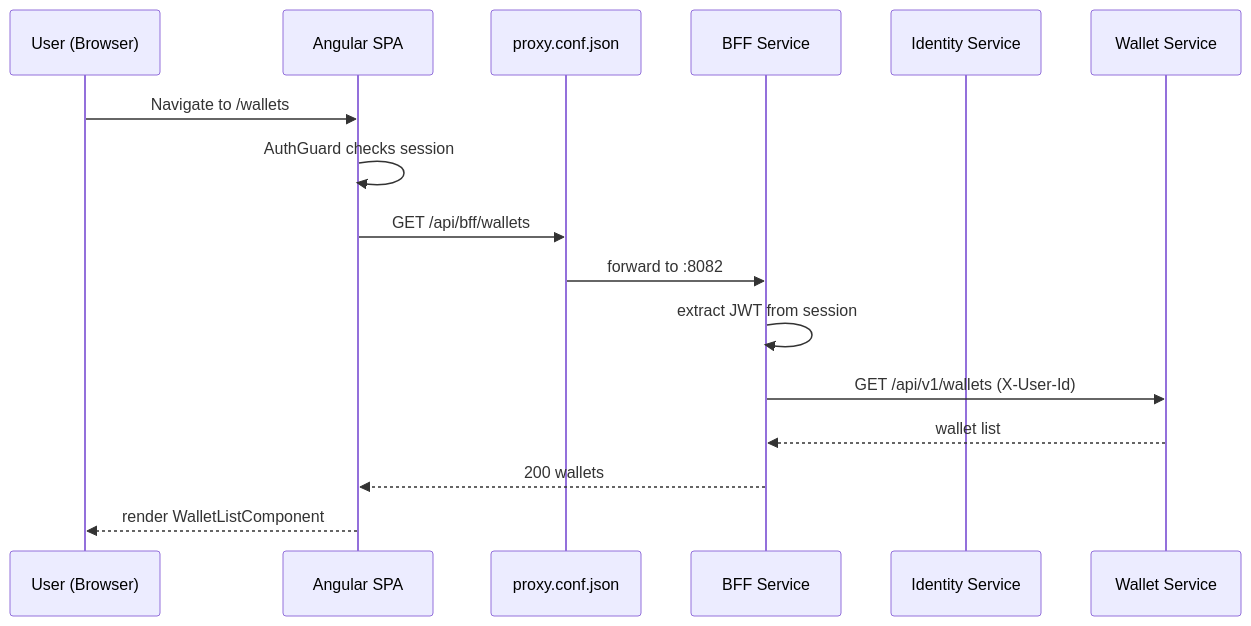
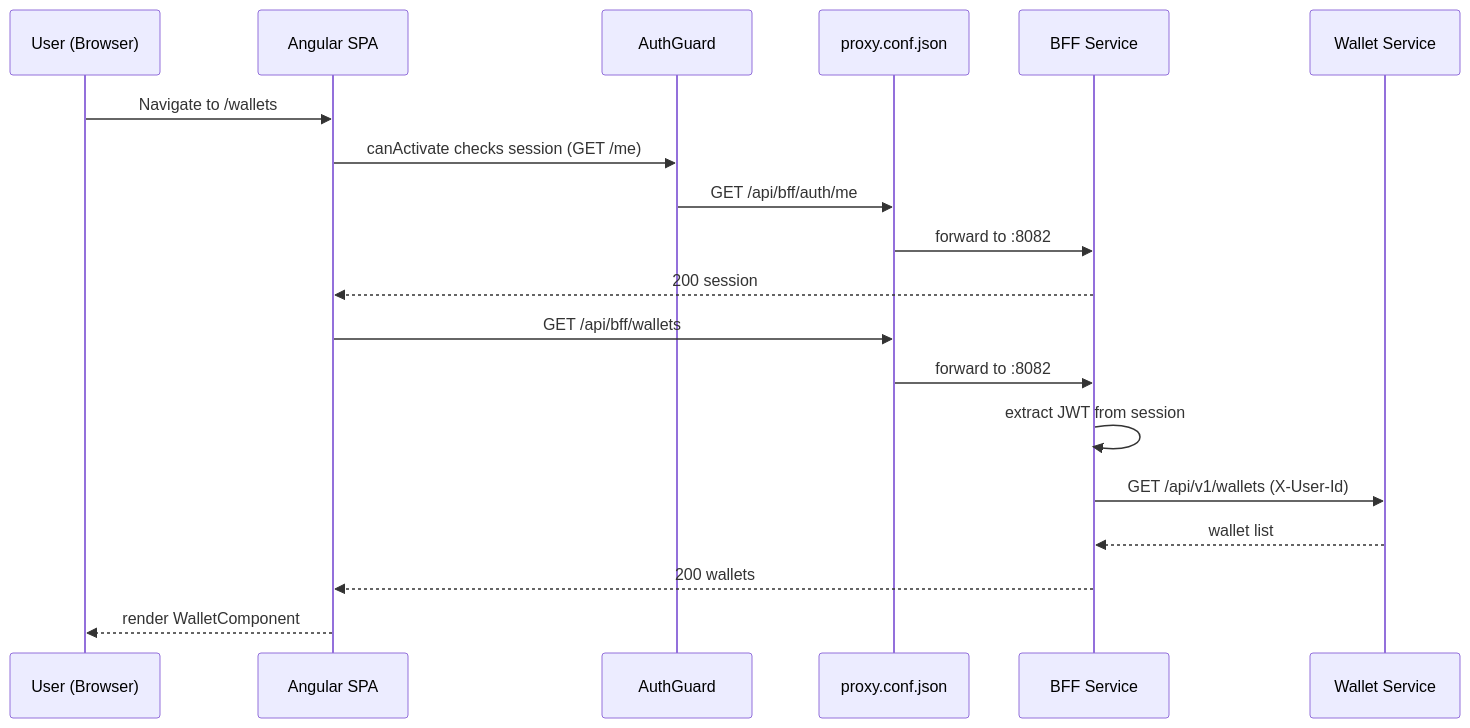
The second of 2 diagrams in docs/obsidian/01 - Services/Frontend.md (AlexAlvarezGallardo-GitHub/Aegis), drawn with Mermaid before and after one commit. The commit also changed other lines of this file and 87 other files, not shown here.

````diff
--- a/docs/obsidian/01 - Services/Frontend.md
+++ b/docs/obsidian/01 - Services/Frontend.md
@@ -31,19 +32,22 @@
 ```mermaid
 sequenceDiagram
     participant User as User (Browser)
     participant Angular as Angular SPA
+    participant Guard as AuthGuard
     participant Proxy as proxy.conf.json
     participant BFF as BFF Service
-    participant Identity as Identity Service
     participant Wallet as Wallet Service
 
     User->>Angular: Navigate to /wallets
-    Angular->>Angular: AuthGuard checks session
+    Angular->>Guard: canActivate checks session (GET /me)
+    Guard->>Proxy: GET /api/bff/auth/me
+    Proxy->>BFF: forward to :8082
+    BFF-->>Angular: 200 session
     Angular->>Proxy: GET /api/bff/wallets
     Proxy->>BFF: forward to :8082
     BFF->>BFF: extract JWT from session
     BFF->>Wallet: GET /api/v1/wallets (X-User-Id)
     Wallet-->>BFF: wallet list
     BFF-->>Angular: 200 wallets
-    Angular-->>User: render WalletListComponent
+    Angular-->>User: render WalletComponent
 ```
````
